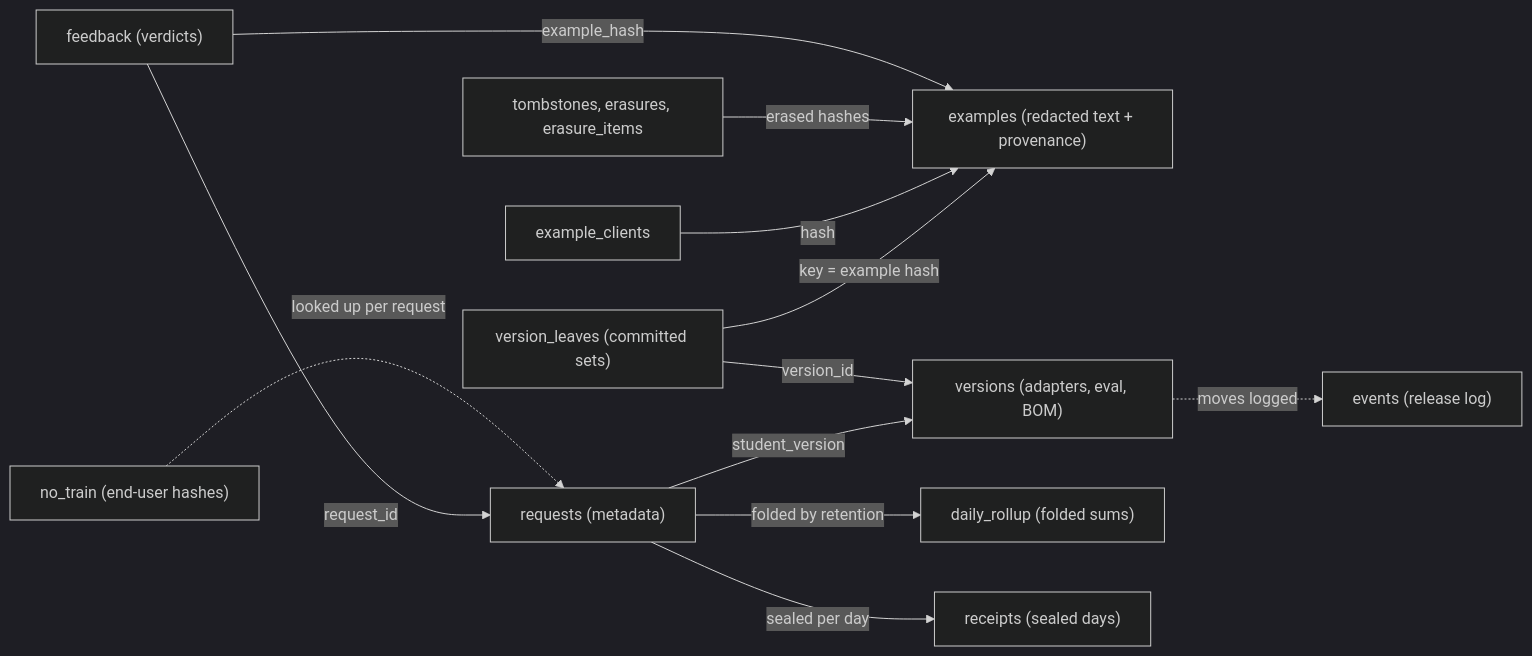
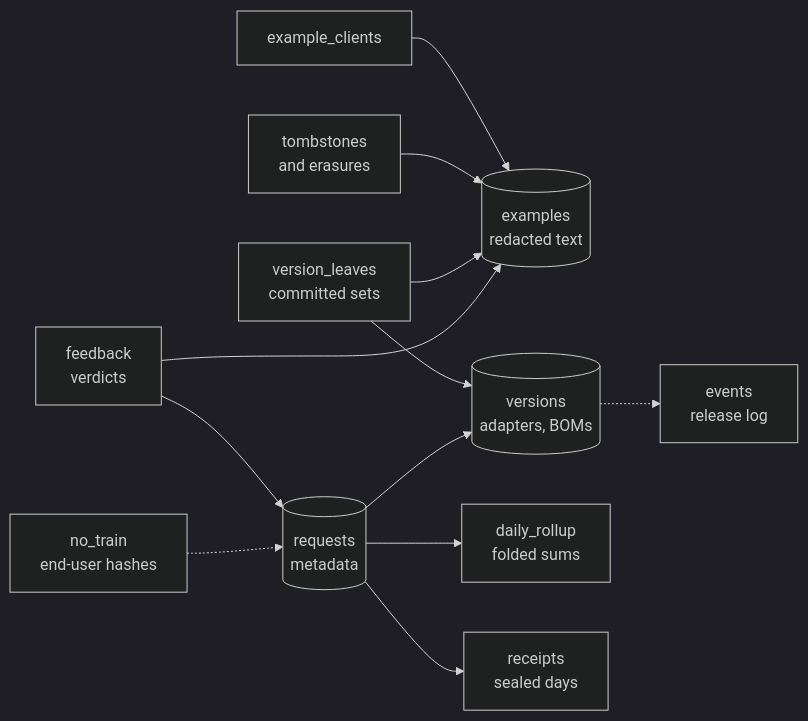
The second of 5 diagrams in docs-site/src/content/docs/guides/ledger.mdx (harshbhx/ratchet), drawn with Mermaid (dark theme) before and after one commit. The commit also changed other lines of this file and 25 other files, not shown here.

````diff
--- a/docs-site/src/content/docs/guides/ledger.mdx
+++ b/docs-site/src/content/docs/guides/ledger.mdx
@@ -71,25 +94,19 @@
 ```mermaid
 flowchart LR
-  REQ["requests (metadata)"]
-  EX["examples (redacted text + provenance)"]
-  VER["versions (adapters, eval, BOM)"]
-  EV["events (release log)"]
-  LEAF["version_leaves (committed sets)"]
-  EC["example_clients"]
-  NT["no_train (end-user hashes)"]
-  TS["tombstones, erasures, erasure_items"]
-  RU["daily_rollup (folded sums)"]
-  RC["receipts (sealed days)"]
-  FB["feedback (verdicts)"]
-  REQ -->|"student_version"| VER
-  LEAF -->|"version_id"| VER
-  LEAF -->|"key = example hash"| EX
-  EC -->|"hash"| EX
-  TS -->|"erased hashes"| EX
-  FB -->|"request_id"| REQ
-  FB -->|"example_hash"| EX
-  REQ -->|"folded by retention"| RU
-  REQ -->|"sealed per day"| RC
-  NT -.->|"looked up per request"| REQ
-  VER -.->|"moves logged"| EV
+  EC["example_clients"] --> EX
+  TS["tombstones<br/>and erasures"] --> EX
+  LEAF["version_leaves<br/>committed sets"] --> EX
+  LEAF --> VER
+  FB["feedback<br/>verdicts"] --> EX
+  FB --> REQ
+  NT["no_train<br/>end-user hashes"] -.-> REQ
+  EX[("examples<br/>redacted text")]
+  REQ[("requests<br/>metadata")] --> VER[("versions<br/>adapters, BOMs")]
+  REQ --> RU["daily_rollup<br/>folded sums"]
+  REQ --> RC["receipts<br/>sealed days"]
+  VER -.-> EV["events<br/>release log"]
+
+  class REQ,EX,VER store
+  class RC,LEAF ok
+  class TS danger
 ```
````
